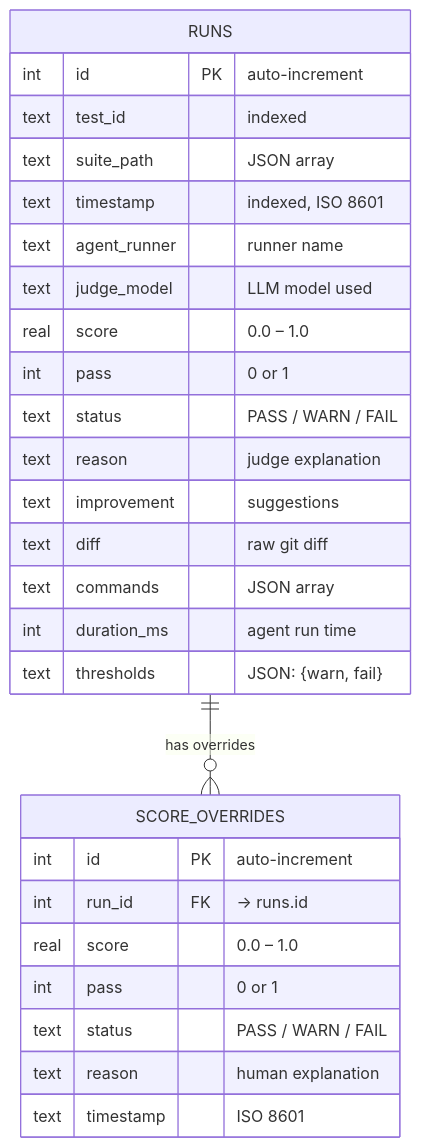
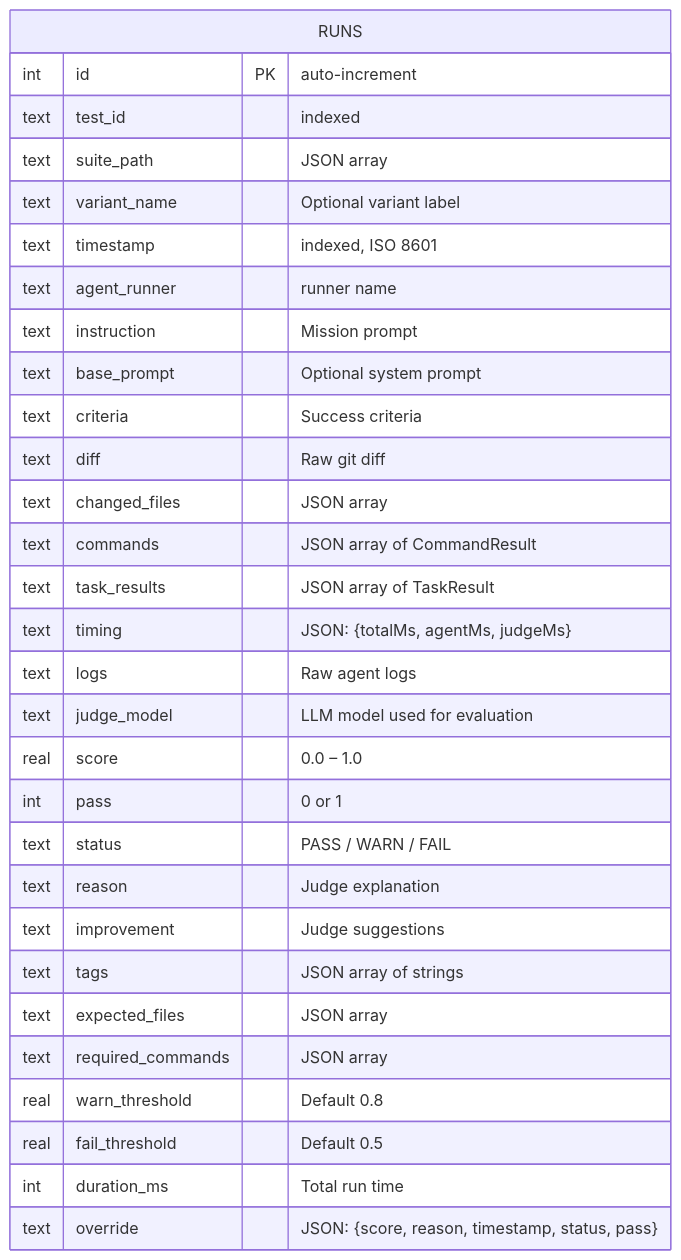
The first of 2 diagrams in apps/docs/guide/plugins-ledger.md (Tlahey/agent-eval), drawn with Mermaid before and after one commit. The commit also changed other lines of this file and 6 other files, not shown here.

````diff
--- a/apps/docs/guide/plugins-ledger.md
+++ b/apps/docs/guide/plugins-ledger.md
@@ -62,30 +64,33 @@
 ```mermaid
 erDiagram
     RUNS {
         int id PK "auto-increment"
         text test_id "indexed"
         text suite_path "JSON array"
+        text variant_name "Optional variant label"
         text timestamp "indexed, ISO 8601"
         text agent_runner "runner name"
-        text judge_model "LLM model used"
+        text instruction "Mission prompt"
+        text base_prompt "Optional system prompt"
+        text criteria "Success criteria"
+        text diff "Raw git diff"
+        text changed_files "JSON array"
+        text commands "JSON array of CommandResult"
+        text task_results "JSON array of TaskResult"
+        text timing "JSON: {totalMs, agentMs, judgeMs}"
+        text logs "Raw agent logs"
+        text judge_model "LLM model used for evaluation"
         real score "0.0 – 1.0"
         int pass "0 or 1"
         text status "PASS / WARN / FAIL"
-        text reason "judge explanation"
-        text improvement "suggestions"
-        text diff "raw git diff"
-        text commands "JSON array"
-        int duration_ms "agent run time"
-        text thresholds "JSON: {warn, fail}"
+        text reason "Judge explanation"
+        text improvement "Judge suggestions"
+        text tags "JSON array of strings"
+        text expected_files "JSON array"
+        text required_commands "JSON array"
+        real warn_threshold "Default 0.8"
+        real fail_threshold "Default 0.5"
+        int duration_ms "Total run time"
+        text override "JSON: {score, reason, timestamp, status, pass}"
     }
-    SCORE_OVERRIDES {
-        int id PK "auto-increment"
-        int run_id FK "→ runs.id"
-        real score "0.0 – 1.0"
-        int pass "0 or 1"
-        text status "PASS / WARN / FAIL"
-        text reason "human explanation"
-        text timestamp "ISO 8601"
-    }
-    RUNS ||--o{ SCORE_OVERRIDES : "has overrides"
 ```
````
